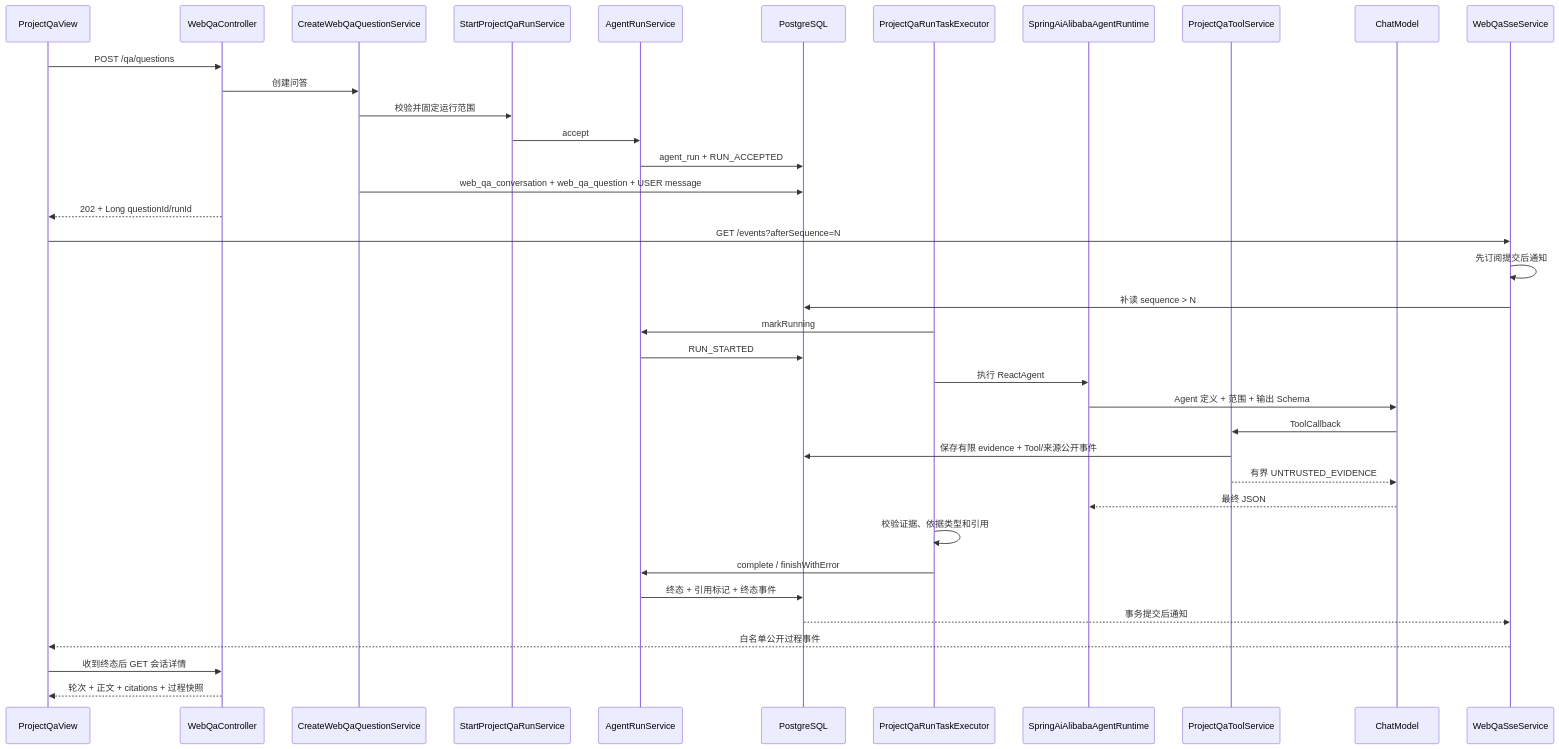
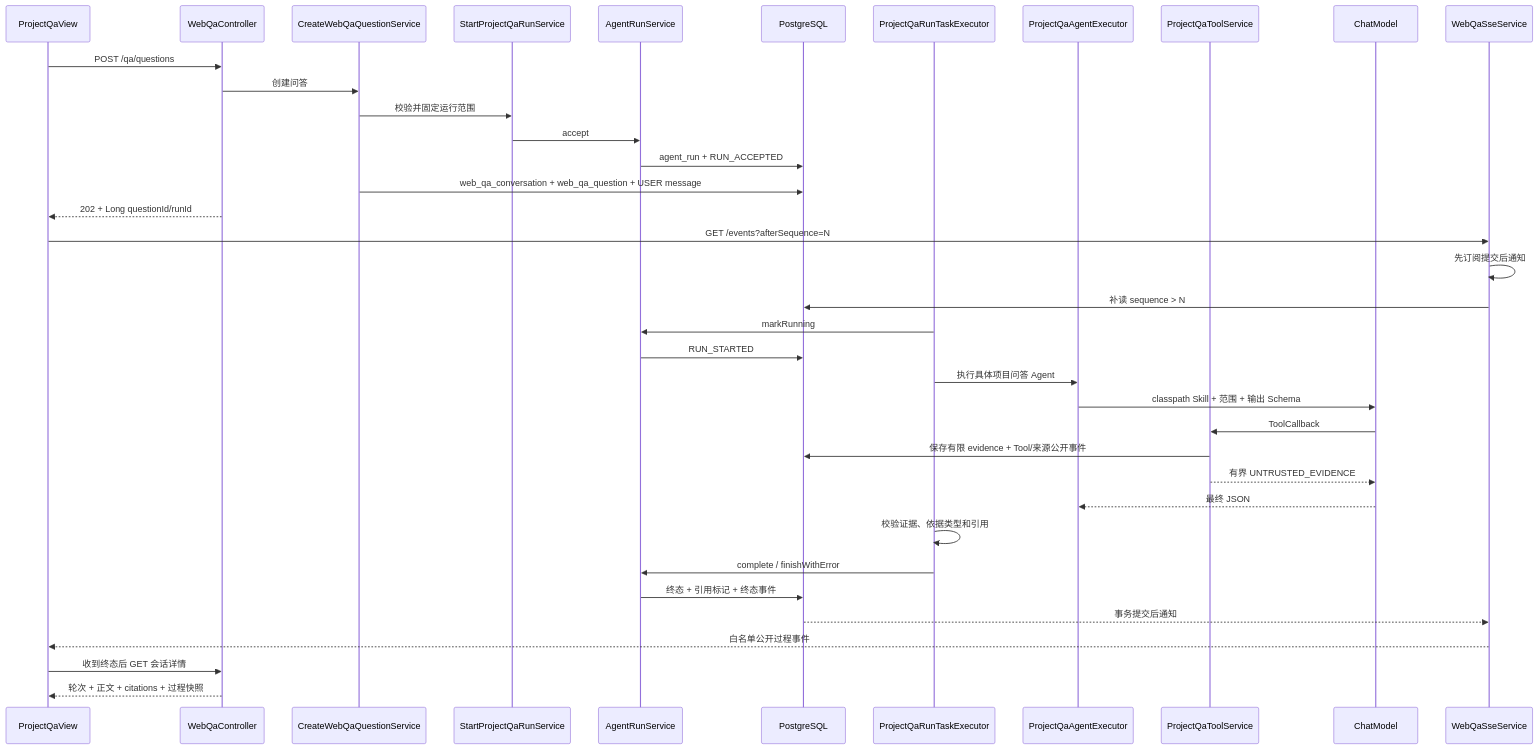
The diagram in docs/architecture/项目问答全链路排查指南.md (dztyykxx/LoreDock), drawn with Mermaid before and after one commit. The commit also changed other lines of this file and 50 other files, not shown here.

````diff
--- a/docs/architecture/项目问答全链路排查指南.md
+++ b/docs/architecture/项目问答全链路排查指南.md
@@ -15,40 +15,40 @@
 ```mermaid
 sequenceDiagram
     participant FE as ProjectQaView
     participant HTTP as WebQaController
     participant QA as CreateWebQaQuestionService
     participant START as StartProjectQaRunService
     participant RUN as AgentRunService
     participant DB as PostgreSQL
     participant EXEC as ProjectQaRunTaskExecutor
-    participant RT as SpringAiAlibabaAgentRuntime
+    participant AGENT as ProjectQaAgentExecutor
     participant TOOL as ProjectQaToolService
     participant MODEL as ChatModel
     participant SSE as WebQaSseService
 
     FE->>HTTP: POST /qa/questions
     HTTP->>QA: 创建问答
     QA->>START: 校验并固定运行范围
     START->>RUN: accept
     RUN->>DB: agent_run + RUN_ACCEPTED
     QA->>DB: web_qa_conversation + web_qa_question + USER message
     HTTP-->>FE: 202 + Long questionId/runId
     FE->>SSE: GET /events?afterSequence=N
     SSE->>SSE: 先订阅提交后通知
     SSE->>DB: 补读 sequence > N
     EXEC->>RUN: markRunning
     RUN->>DB: RUN_STARTED
-    EXEC->>RT: 执行 ReactAgent
-    RT->>MODEL: Agent 定义 + 范围 + 输出 Schema
+    EXEC->>AGENT: 执行具体项目问答 Agent
+    AGENT->>MODEL: classpath Skill + 范围 + 输出 Schema
     MODEL->>TOOL: ToolCallback
     TOOL->>DB: 保存有限 evidence + Tool/来源公开事件
     TOOL-->>MODEL: 有界 UNTRUSTED_EVIDENCE
-    MODEL-->>RT: 最终 JSON
+    MODEL-->>AGENT: 最终 JSON
     EXEC->>EXEC: 校验证据、依据类型和引用
     EXEC->>RUN: complete / finishWithError
     RUN->>DB: 终态 + 引用标记 + 终态事件
     DB-->>SSE: 事务提交后通知
     SSE-->>FE: 白名单公开过程事件
     FE->>HTTP: 收到终态后 GET 会话详情
     HTTP-->>FE: 轮次 + 正文 + citations + 过程快照
 ```
````
